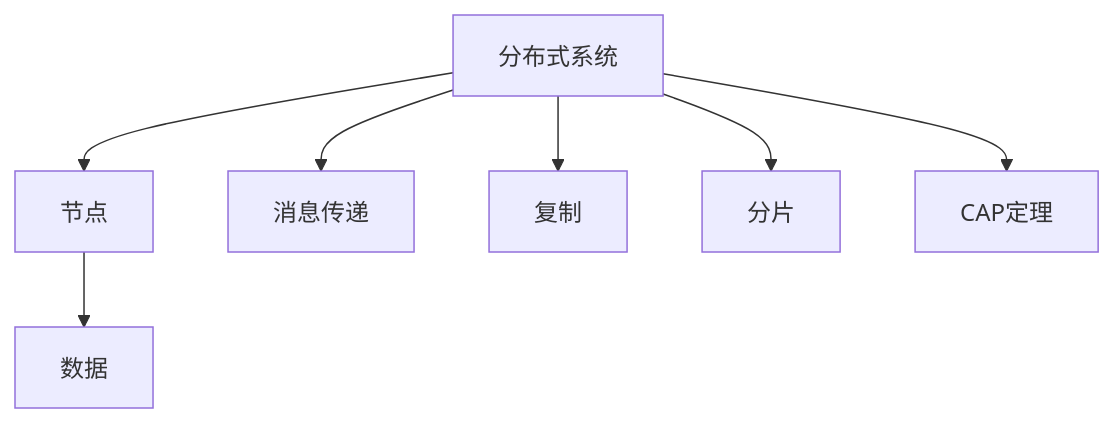
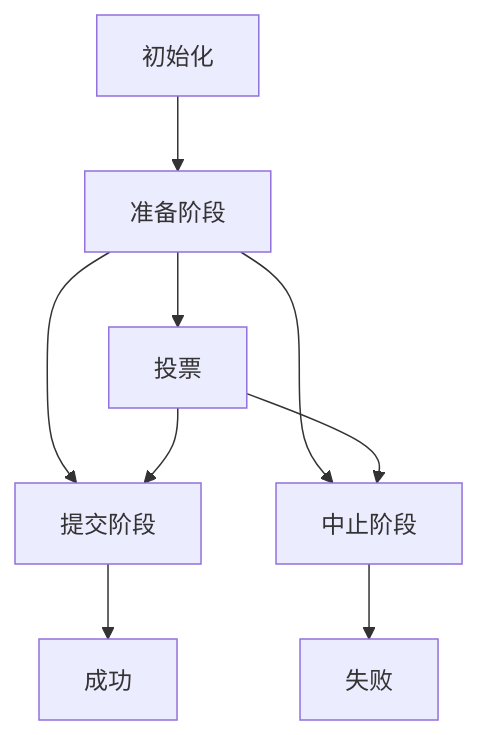
The third of 3 diagrams in 4.分布式系统/4.1 知识梳理/4.1.1 基本概念.md (AdaMartin18010/SystemOSIOT), drawn with Mermaid before and after one commit. The commit also changed other lines of this file and 80 other files, not shown here.

````diff
--- a/4.分布式系统/4.1 知识梳理/4.1.1 基本概念.md
+++ b/4.分布式系统/4.1 知识梳理/4.1.1 基本概念.md
@@ -22,9 +489,12 @@
 ```mermaid
 graph TD;
-  DS[分布式系统] --> Node[节点];
-  DS --> Comm[消息传递];
-  DS --> Rep[复制];
-  DS --> Shard[分片];
-  DS --> CAP[CAP定理];
-  Node --> Data[数据];
+  INIT[初始化] --> PREPARE[准备阶段];
+  PREPARE --> COMMIT[提交阶段];
+  PREPARE --> ABORT[中止阶段];
+  COMMIT --> SUCCESS[成功];
+  ABORT --> FAILURE[失败];
+  
+  PREPARE --> VOTE[投票];
+  VOTE --> COMMIT;
+  VOTE --> ABORT;
 ```
````
